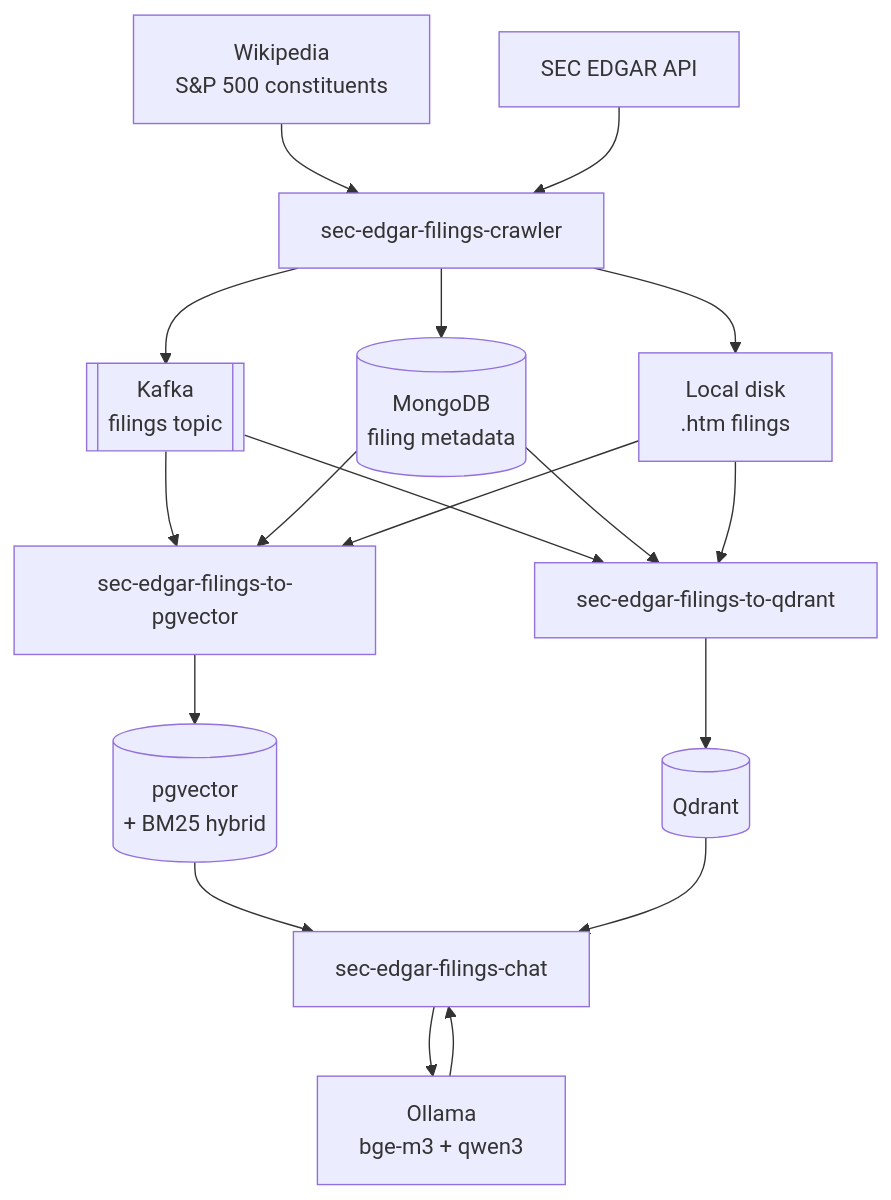
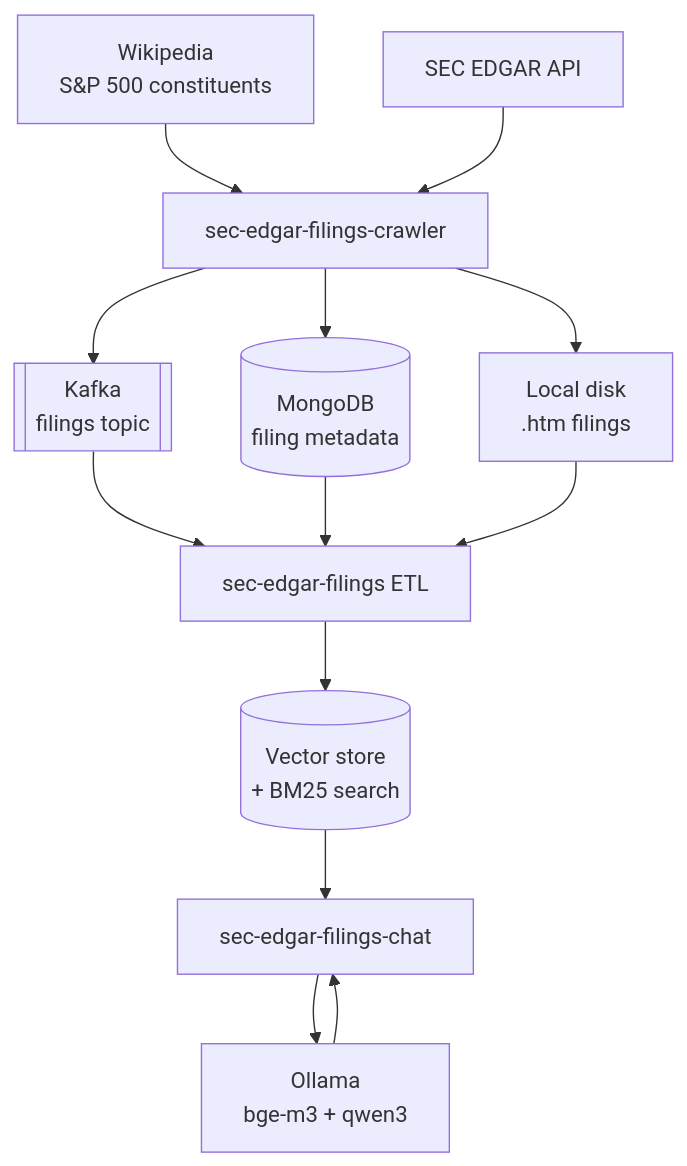
The first of 2 diagrams in content/posts/2026-06-20-sec-filings-chat.md (sanjuthomas/sanjuthomas.github.io), drawn with Mermaid before and after one commit.

Commit message:
Simplify SEC filings chat architecture diagram and clarify retrieval backends.
The diagram now shows a single ETL path with a generic vector store node, with a note explaining dense vs sparse search across pgvector/pg_search and Qdrant.

````diff
--- a/content/posts/2026-06-20-sec-filings-chat.md
+++ b/content/posts/2026-06-20-sec-filings-chat.md
@@ -62,23 +62,17 @@
 ```mermaid
 flowchart TB
     Wiki["Wikipedia<br/>S&P 500 constituents"] --> Crawler["sec-edgar-filings-crawler"]
     SEC["SEC EDGAR API"] --> Crawler
     Crawler --> Mongo[("MongoDB<br/>filing metadata")]
     Crawler --> Kafka[["Kafka<br/>filings topic"]]
     Crawler --> Disk["Local disk<br/>.htm filings"]
 
-    Kafka --> PgETL["sec-edgar-filings-to-pgvector"]
-    Kafka --> QdrantETL["sec-edgar-filings-to-qdrant"]
-    Mongo --> PgETL
-    Mongo --> QdrantETL
-    Disk --> PgETL
-    Disk --> QdrantETL
+    Kafka --> ETL["sec-edgar-filings ETL"]
+    Mongo --> ETL
+    Disk --> ETL
 
-    PgETL --> PG[("pgvector<br/>+ BM25 hybrid")]
-    QdrantETL --> Qdrant[("Qdrant")]
-
-    PG --> Chat["sec-edgar-filings-chat"]
-    Qdrant --> Chat
+    ETL --> VectorStore[("Vector store<br/>+ BM25 search")]
+    VectorStore --> Chat["sec-edgar-filings-chat"]
     Chat --> Ollama["Ollama<br/>bge-m3 + qwen3"]
     Ollama --> Chat
 ```
````
